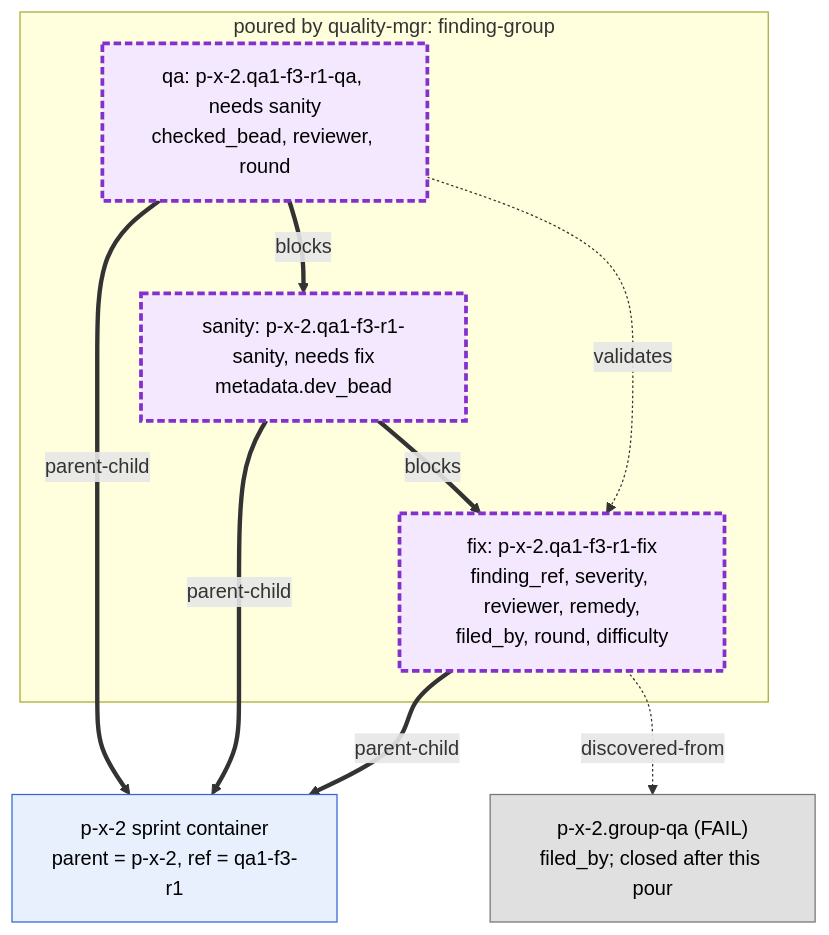
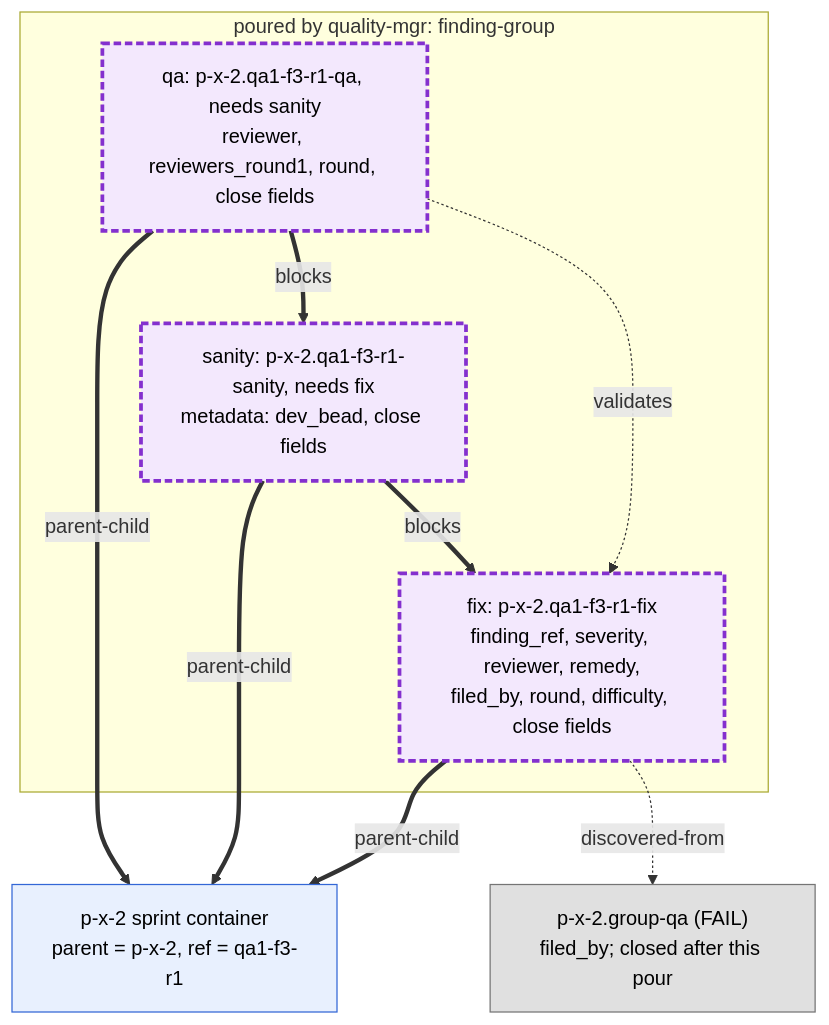
One commit to rahul05ranjan/atm-bd-orchestration changed the third of 4 diagrams in docs/diagrams/formula.md. Above: the diagram before and after it, drawn with Mermaid. The commit also changed other lines of this file and 7 other files, not shown here.

First line of the commit message:
docs(diagrams): close hooks, bd-cache and close fields for 0.19.0

````diff
--- a/docs/diagrams/formula.md
+++ b/docs/diagrams/formula.md
@@ -87,22 +97,22 @@
 ```mermaid
 flowchart TB
   classDef tmpl fill:#e8f0fe,stroke:#3367d6,color:#000
   classDef poured fill:#f3e8fd,stroke:#8430ce,stroke-width:3px,stroke-dasharray:6 3,color:#000
   classDef closed fill:#e0e0e0,stroke:#757575,color:#000
 
   SPR["p-x-2 sprint container<br/>parent = p-x-2, ref = qa1-f3-r1"]:::tmpl
   QA1["p-x-2.group-qa (FAIL)<br/>filed_by; closed after this pour"]:::closed
   subgraph POUR["poured by quality-mgr: finding-group"]
-    FX["fix: p-x-2.qa1-f3-r1-fix<br/>finding_ref, severity, reviewer, remedy,<br/>filed_by, round, difficulty"]:::poured
-    FS["sanity: p-x-2.qa1-f3-r1-sanity, needs fix<br/>metadata.dev_bead"]:::poured
-    FQ["qa: p-x-2.qa1-f3-r1-qa, needs sanity<br/>checked_bead, reviewer, round"]:::poured
+    FX["fix: p-x-2.qa1-f3-r1-fix<br/>finding_ref, severity, reviewer, remedy,<br/>filed_by, round, difficulty, close fields"]:::poured
+    FS["sanity: p-x-2.qa1-f3-r1-sanity, needs fix<br/>metadata: dev_bead, close fields"]:::poured
+    FQ["qa: p-x-2.qa1-f3-r1-qa, needs sanity<br/>reviewer, reviewers_round1, round, close fields"]:::poured
   end
 
   FX ==>|parent-child| SPR
   FS ==>|parent-child| SPR
   FQ ==>|parent-child| SPR
   FS ==>|blocks| FX
   FQ ==>|blocks| FS
   FQ -.->|validates| FX
   FX -.->|discovered-from| QA1
 ```
````
